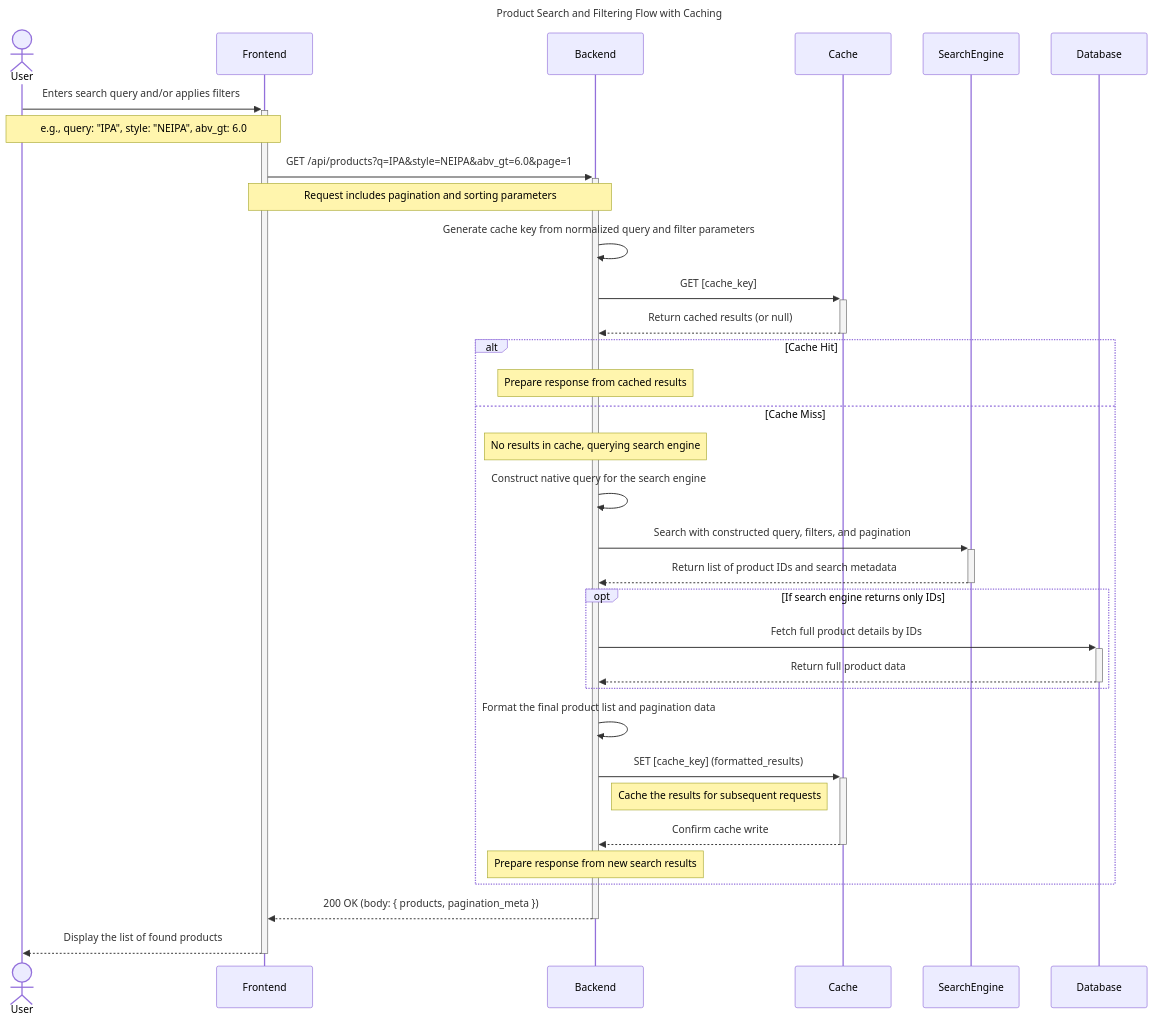
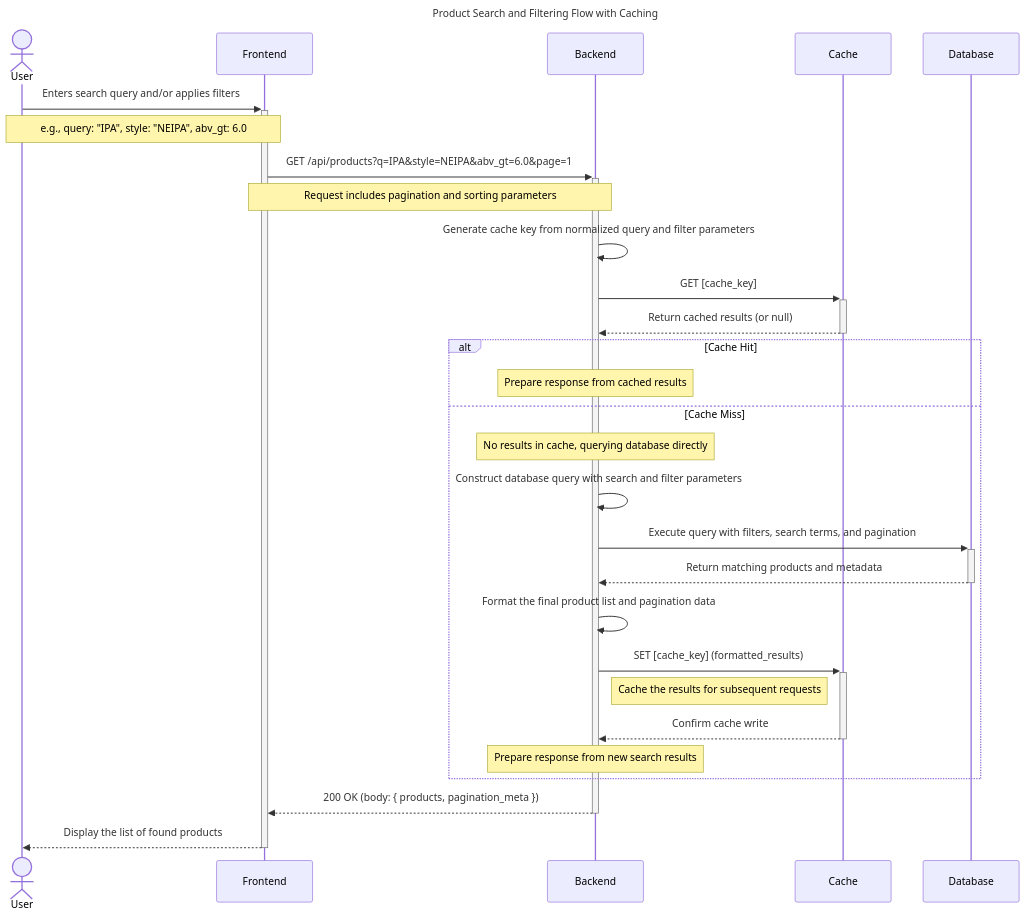
Before and after one commit to Beerhood/beer-shop-ai-api: the diagram in docs/sequence-diagrams/product-search-and-filtering.md, drawn with Mermaid. The commit also changed other lines of this file and 3 other files, not shown here.

Commit message:
docs: delete password auth and delete search engine in search sequence diagram

````diff
--- a/docs/sequence-diagrams/product-search-and-filtering.md
+++ b/docs/sequence-diagrams/product-search-and-filtering.md
@@ -5,47 +5,41 @@
 ```mermaid
 sequenceDiagram
     actor User
     participant Frontend
     participant Backend
     participant Cache
-    participant SearchEngine
     participant Database
 
     Title: Product Search and Filtering Flow with Caching
 
     User->>+Frontend: Enters search query and/or applies filters
     note over User, Frontend: e.g., query: "IPA", style: "NEIPA", abv_gt: 6.0
 
     Frontend->>+Backend: GET /api/products?q=IPA&style=NEIPA&abv_gt=6.0&page=1
     note over Frontend, Backend: Request includes pagination and sorting parameters
 
     Backend->>Backend: Generate cache key from normalized query and filter parameters
 
     Backend->>+Cache: GET [cache_key]
     Cache-->>-Backend: Return cached results (or null)
 
     alt Cache Hit
         note over Backend: Prepare response from cached results
     else Cache Miss
-        note over Backend: No results in cache, querying search engine
-        Backend->>Backend: Construct native query for the search engine
+        note over Backend: No results in cache, querying database directly
+        Backend->>Backend: Construct database query with search and filter parameters
 
-        Backend->>+SearchEngine: Search with constructed query, filters, and pagination
-        SearchEngine-->>-Backend: Return list of product IDs and search metadata
-
-        opt If search engine returns only IDs
-            Backend->>+Database: Fetch full product details by IDs
-            Database-->>-Backend: Return full product data
-        end
+        Backend->>+Database: Execute query with filters, search terms, and pagination
+        Database-->>-Backend: Return matching products and metadata
 
         Backend->>Backend: Format the final product list and pagination data
 
         Backend->>+Cache: SET [cache_key] (formatted_results)
         note right of Backend: Cache the results for subsequent requests
         Cache-->>-Backend: Confirm cache write
         note over Backend: Prepare response from new search results
     end
 
     Backend-->>-Frontend: 200 OK (body: { products, pagination_meta })
     Frontend-->>-User: Display the list of found products
 ```
````
